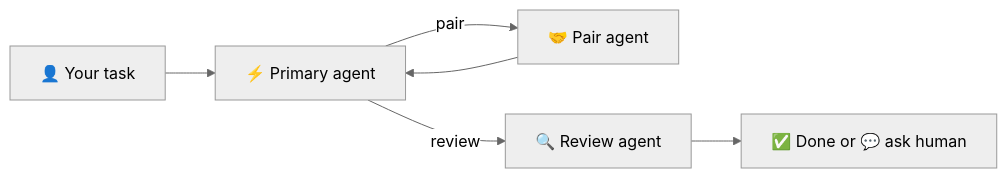
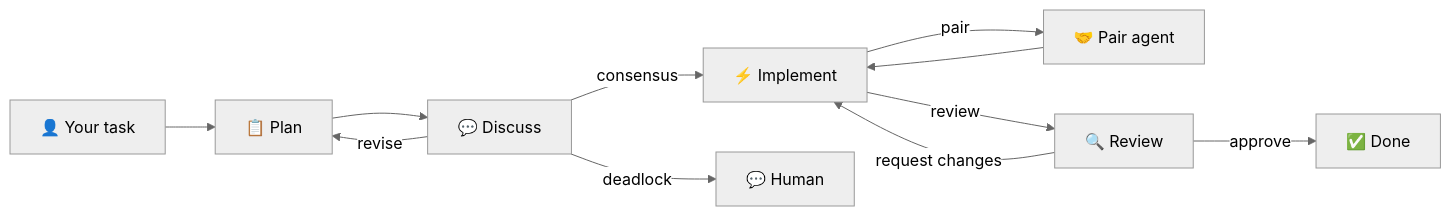
One commit to vjvkrm/coding-agent-git-pipe changed the diagram in README.md. Above: the diagram before and after it, drawn with Mermaid (neutral theme). The commit also changed other lines of this file and 13 other files, not shown here.

````diff
--- a/README.md
+++ b/README.md
@@ -80,8 +84,13 @@
 ```mermaid
 flowchart LR
-    U["👤 Your task"] --> P["⚡ Primary agent"]
-    P -->|pair| X["🤝 Pair agent"]
-    P -->|review| R["🔍 Review agent"]
-    X --> P
-    R --> D["✅ Done or 💬 ask human"]
+    U["👤 Your task"] --> PL["📋 Plan"]
+    PL --> DI["💬 Discuss"]
+    DI -->|consensus| IM["⚡ Implement"]
+    DI -->|revise| PL
+    DI -->|deadlock| H["💬 Human"]
+    IM -->|pair| X["🤝 Pair agent"]
+    X --> IM
+    IM -->|review| R["🔍 Review"]
+    R -->|approve| D["✅ Done"]
+    R -->|request changes| IM
 ```
````
